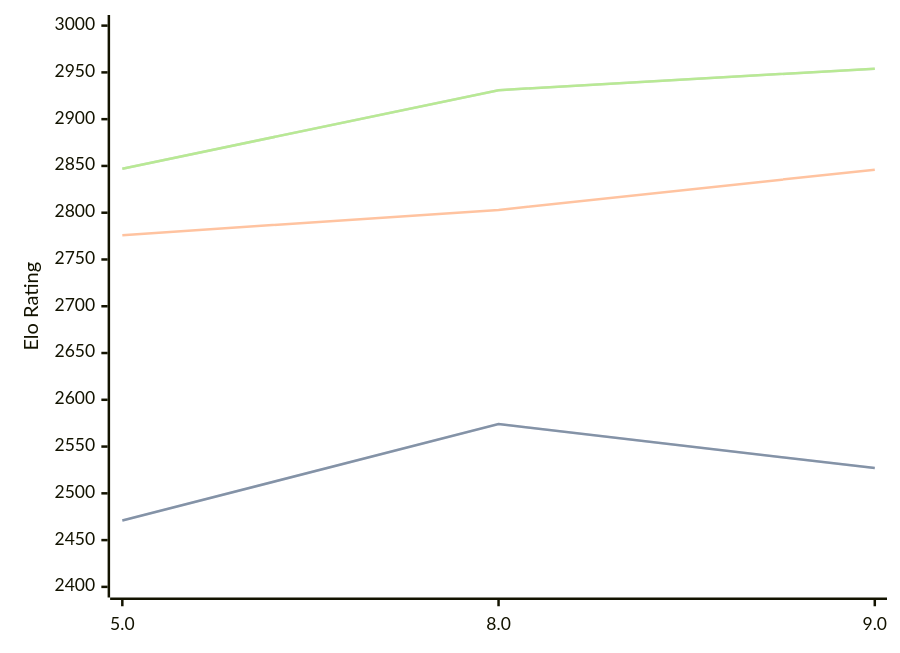
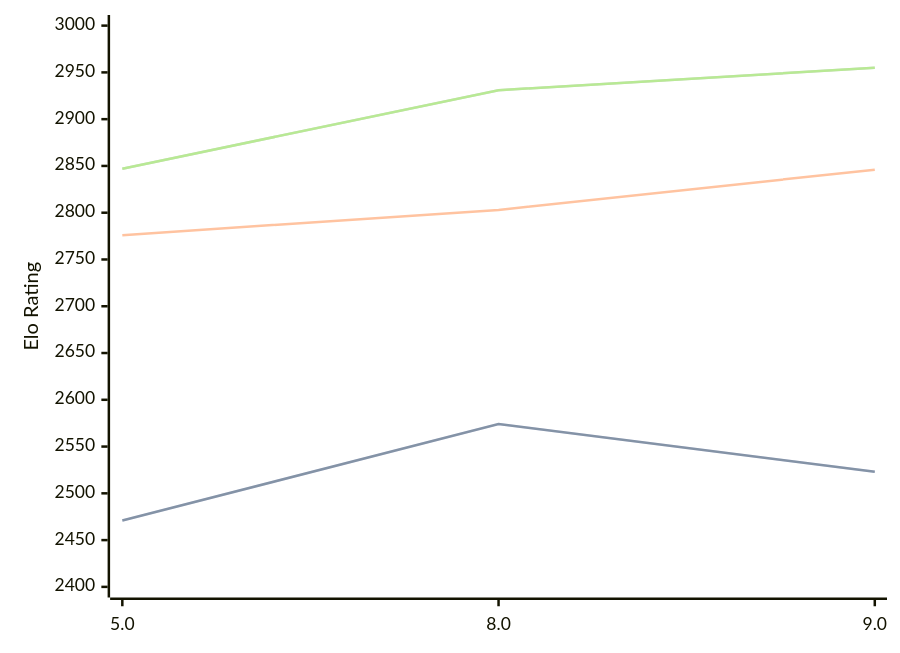
The diagram in engines/4kc.md (computer-chess-index/cci), drawn with Mermaid before and after one commit. The commit also changed other lines of this file, not shown here.

Commit message:
Update CCI Ratings (ELO VLTC) - 2026-07-20

````diff
--- a/engines/4kc.md
+++ b/engines/4kc.md
@@ -42,11 +42,11 @@
 ```mermaid
 %%{init: {"theme":"base","themeVariables":{"seriesColors:['#a3a3a3','#222221','#faa371']}}}%%
 xychart-beta
   x-axis ["5.0", "8.0", "9.0"]
   y-axis "Elo Rating" 2400 --> 3000
-  line "STC (8.0+0.08s)" [2471, 2574, 2527]
-  line "STC (8.0+0.08s)" [2471, 2574, 2527]
+  line "STC (8.0+0.08s)" [2471, 2574, 2523]
+  line "STC (8.0+0.08s)" [2471, 2574, 2523]
   line "LTC (60.0+0.60s)" [2776, 2803, 2846]
-  line "VLTC (2m24s+1.12s)" [2847, 2931, 2954]
-  line "VLTC (2m24s+1.12s)" [2847, 2931, 2954]
+  line "VLTC (2m24s+1.12s)" [2847, 2931, 2955]
+  line "VLTC (2m24s+1.12s)" [2847, 2931, 2955]
 ```
````
